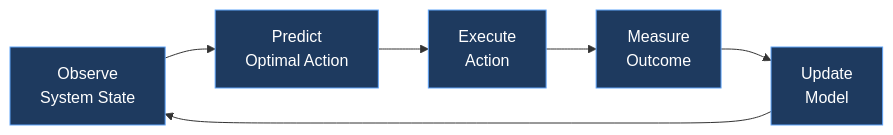
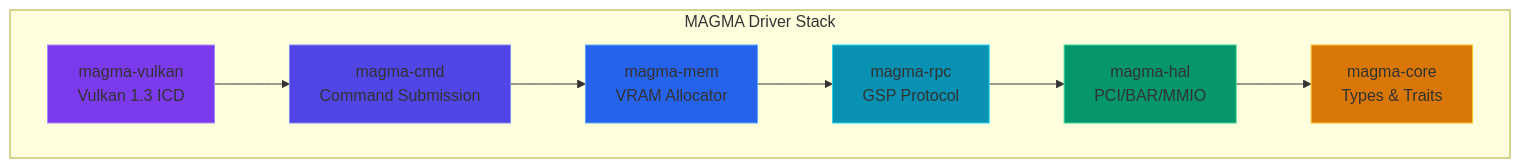
One commit to HelixOS-Org/helix changed the third of 4 diagrams in README.md. Above: the diagram before and after it, drawn with Mermaid. The commit also changed other lines of this file, not shown here.

Commit message:
feat: update README to reflect new project vision and architecture details

````diff
--- a/README.md
+++ b/README.md
@@ -317,14 +176,21 @@
 ```mermaid
-flowchart LR
-    OBS["Observe<br/>System State"] --> PRED["Predict<br/>Optimal Action"]
-    PRED --> ACT["Execute<br/>Action"]
-    ACT --> MEAS["Measure<br/>Outcome"]
-    MEAS --> LEARN["Update<br/>Model"]
-    LEARN --> OBS
+flowchart TB
+    subgraph MAGMA["MAGMA Driver Stack"]
+        VK["magma-vulkan<br/>Vulkan 1.3 ICD"]
+        CMD["magma-cmd<br/>Command Submission"]
+        MEM["magma-mem<br/>VRAM Allocator"]
+        RPC["magma-rpc<br/>GSP Protocol"]
+        HAL["magma-hal<br/>PCI/BAR/MMIO"]
+        CORE["magma-core<br/>Types & Traits"]
+    end
 
-    style OBS fill:#1e3a5f,stroke:#60a5fa,color:#fff
-    style PRED fill:#1e3a5f,stroke:#60a5fa,color:#fff
-    style ACT fill:#1e3a5f,stroke:#60a5fa,color:#fff
-    style MEAS fill:#1e3a5f,stroke:#60a5fa,color:#fff
-    style LEARN fill:#1e3a5f,stroke:#60a5fa,color:#fff
+    VK --> CMD --> MEM
+    MEM --> RPC --> HAL --> CORE
+
+    style VK fill:#7c3aed,stroke:#a78bfa
+    style CMD fill:#4f46e5,stroke:#818cf8
+    style MEM fill:#2563eb,stroke:#60a5fa
+    style RPC fill:#0891b2,stroke:#22d3ee
+    style HAL fill:#059669,stroke:#34d399
+    style CORE fill:#d97706,stroke:#fbbf24
 ```
````
